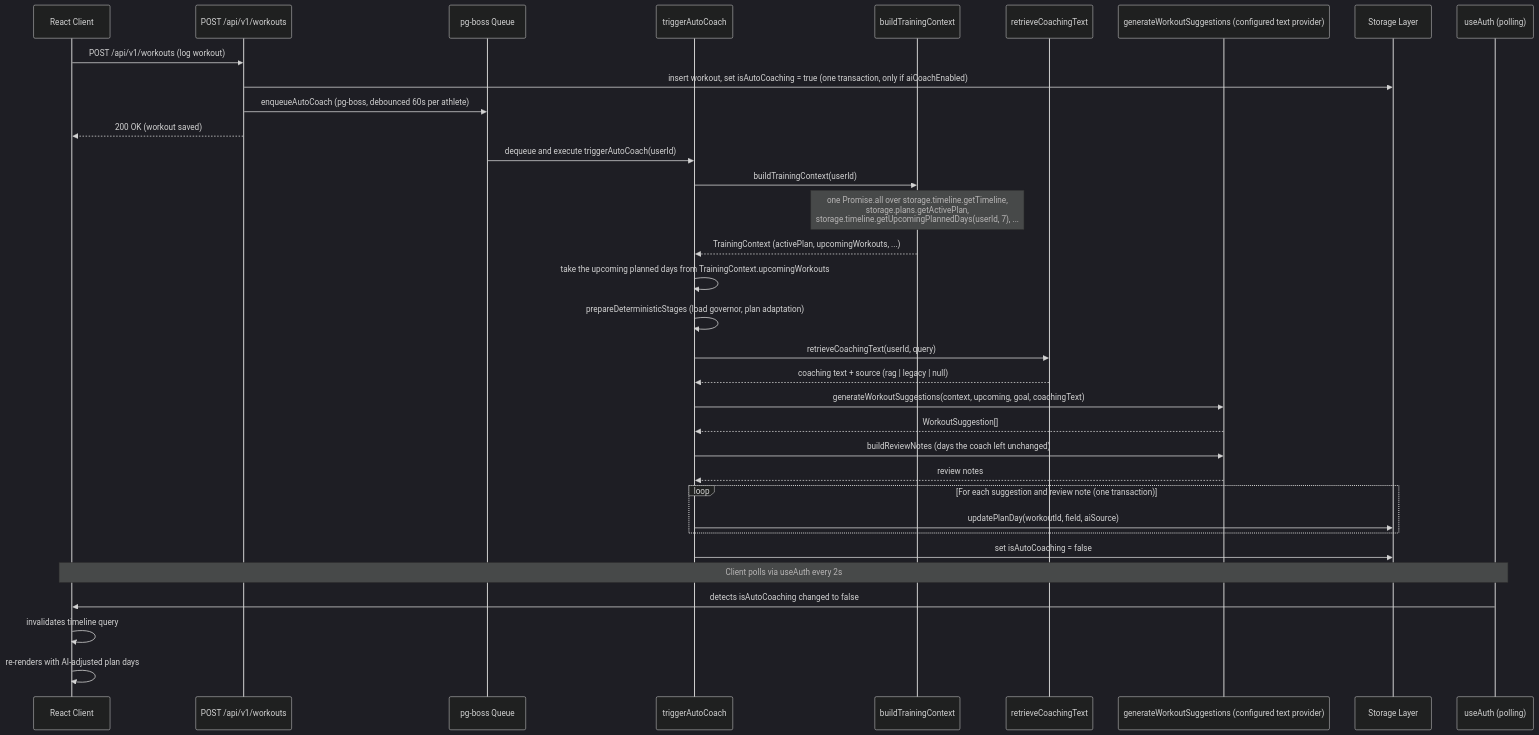
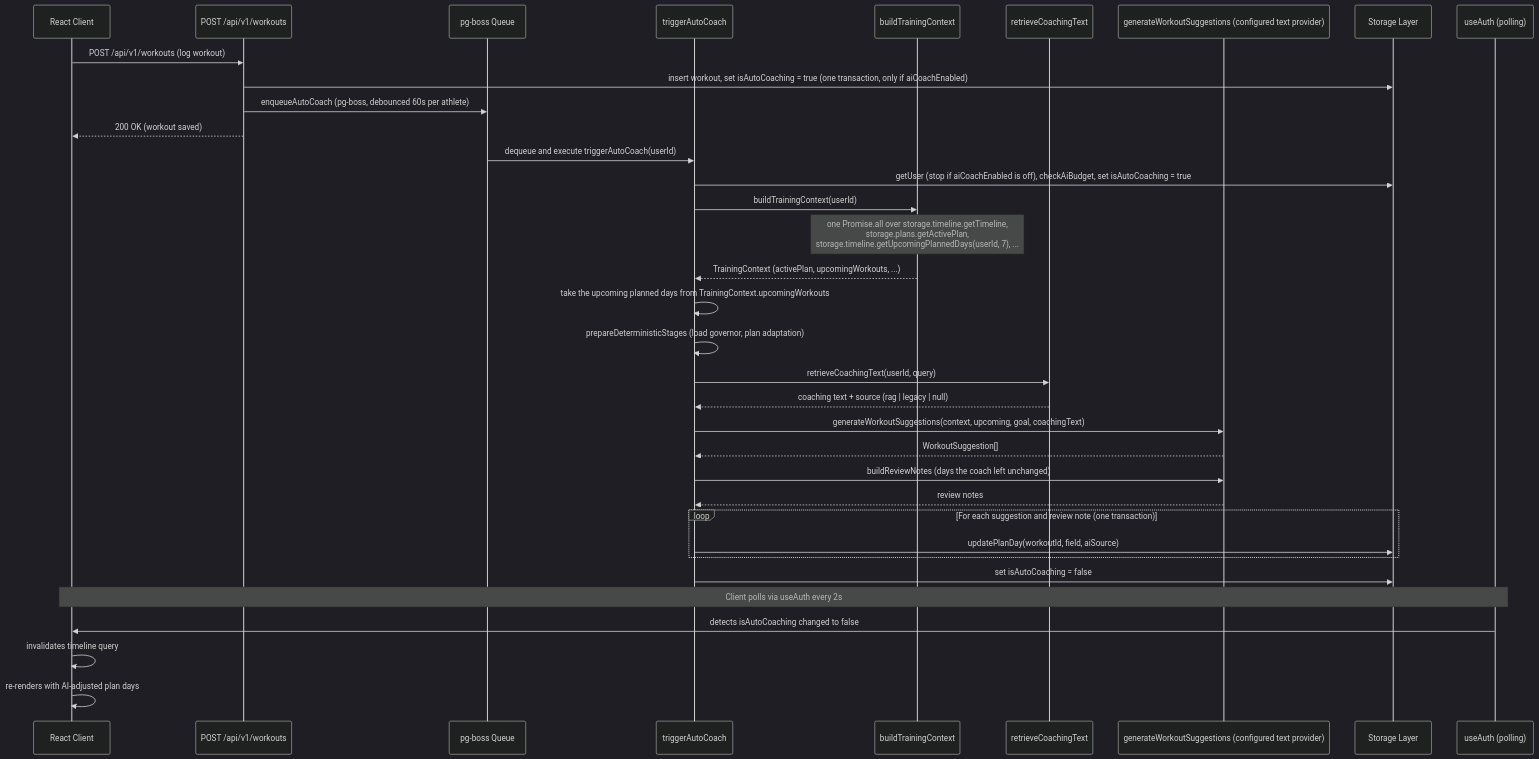
Before and after one commit to daler91/Hyrox-Companion: the third of 8 diagrams in docs/architecture.md, drawn with Mermaid (dark theme). The commit also changed other lines of this file and 1 other file, not shown here.

First line of the commit message:
docs(architecture, server): verify flows, dependency graph and env table

````diff
--- a/docs/architecture.md
+++ b/docs/architecture.md
@@ -120,46 +120,47 @@
 ```mermaid
 sequenceDiagram
     participant Client as React Client
     participant API as POST /api/v1/workouts
     participant Queue as pg-boss Queue
     participant Coach as triggerAutoCoach
     participant AI as buildTrainingContext
     participant RAG as retrieveCoachingText
     participant TextAI as generateWorkoutSuggestions (configured text provider)
     participant Storage as Storage Layer
     participant Poll as useAuth (polling)
 
     Client->>API: POST /api/v1/workouts (log workout)
     API->>Storage: insert workout, set isAutoCoaching = true (one transaction, only if aiCoachEnabled)
     API->>Queue: enqueueAutoCoach (pg-boss, debounced 60s per athlete)
     API-->>Client: 200 OK (workout saved)
 
     Queue->>Coach: dequeue and execute triggerAutoCoach(userId)
+    Coach->>Storage: getUser (stop if aiCoachEnabled is off), checkAiBudget, set isAutoCoaching = true
 
     Coach->>AI: buildTrainingContext(userId)
     Note over AI: one Promise.all over storage.timeline.getTimeline,<br/>storage.plans.getActivePlan,<br/>storage.timeline.getUpcomingPlannedDays(userId, 7), ...
     AI-->>Coach: TrainingContext (activePlan, upcomingWorkouts, ...)
 
     Coach->>Coach: take the upcoming planned days from TrainingContext.upcomingWorkouts
     Coach->>Coach: prepareDeterministicStages (load governor, plan adaptation)
 
     Coach->>RAG: retrieveCoachingText(userId, query)
     RAG-->>Coach: coaching text + source (rag | legacy | null)
 
     Coach->>TextAI: generateWorkoutSuggestions(context, upcoming, goal, coachingText)
     TextAI-->>Coach: WorkoutSuggestion[]
 
     Coach->>TextAI: buildReviewNotes (days the coach left unchanged)
     TextAI-->>Coach: review notes
 
     loop For each suggestion and review note (one transaction)
         Coach->>Storage: updatePlanDay(workoutId, field, aiSource)
     end
 
     Coach->>Storage: set isAutoCoaching = false
 
     Note over Client,Poll: Client polls via useAuth every 2s
     Poll->>Client: detects isAutoCoaching changed to false
     Client->>Client: invalidates timeline query
     Client->>Client: re-renders with AI-adjusted plan days
 ```
````
